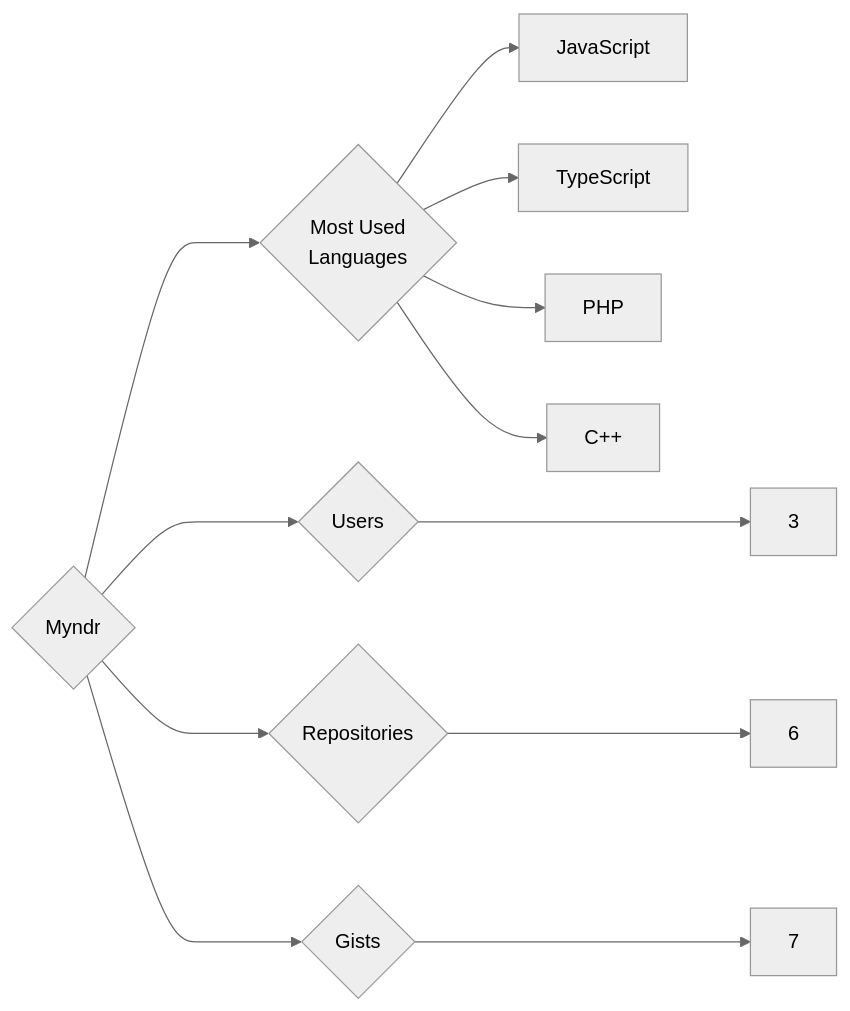
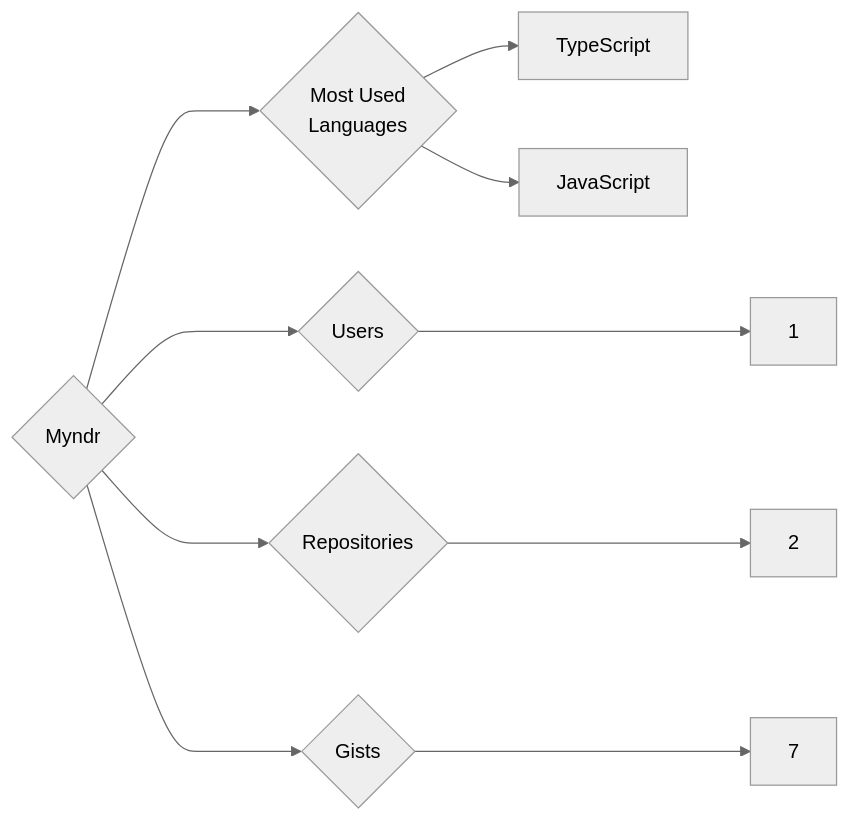
The diagram in targets/Myndr/README.md (trickest/insiders), drawn with Mermaid (neutral theme) before and after one commit. The commit also changed 1496 other files, not shown here.

````diff
--- a/targets/Myndr/README.md
+++ b/targets/Myndr/README.md
@@ -3,12 +3,10 @@
 ```mermaid
 graph LR
 COMPANY_NAME{Myndr}
-COMPANY_NAME ---> U{Users} ---> UN[3]
-COMPANY_NAME ---> R{Repositories} ---> RN[6]
+COMPANY_NAME ---> U{Users} ---> UN[1]
+COMPANY_NAME ---> R{Repositories} ---> RN[2]
 COMPANY_NAME ---> G{Gists} ---> GN[7]
 COMPANY_NAME ---> ML{Most Used<br>Languages}
+ML --> TypeScript[TypeScript]
 ML --> JavaScript[JavaScript]
-ML --> TypeScript[TypeScript]
-ML --> PHP[PHP]
-ML --> C++[C++]
 ```
````
